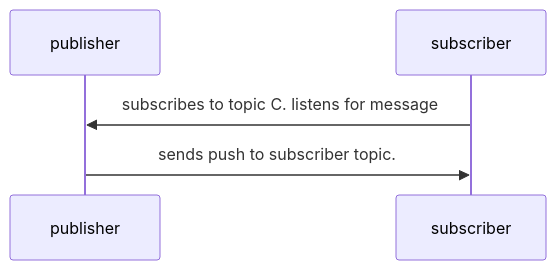
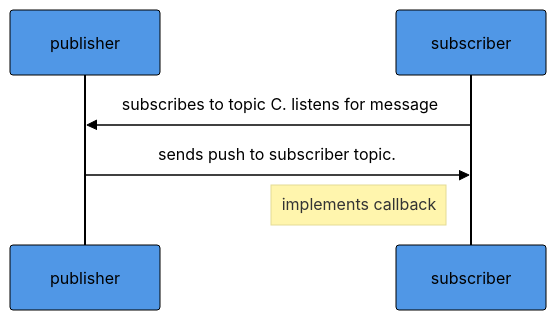
Before and after one commit to TBD54566975/technical-proposals: the seventh of 11 diagrams in tp019/README.md, drawn with Mermaid. The commit also changed other lines of this file, not shown here.

````diff
--- a/tp019/README.md
+++ b/tp019/README.md
@@ -225,8 +315,23 @@
 ```mermaid 
+%%{
+  init: {
+    'theme': 'base',
+    'themeVariables': {
+      'primaryColor': '#5097E6',
+      'background': '#fff',
+      'primaryTextColor': 'black',
+      'primaryBorderColor': 'black',
+      'lineColor': 'black',
+      'secondaryColor': 'white',
+      'tertiaryColor': '#fff'
+    }
+  }
+}%%
 sequenceDiagram
   participant publisher
   participant subscriber
   
   subscriber ->> publisher : subscribes to topic C. listens for message
   publisher ->> subscriber : sends push to subscriber topic. 
+  note left of subscriber: implements callback
 ```
````
